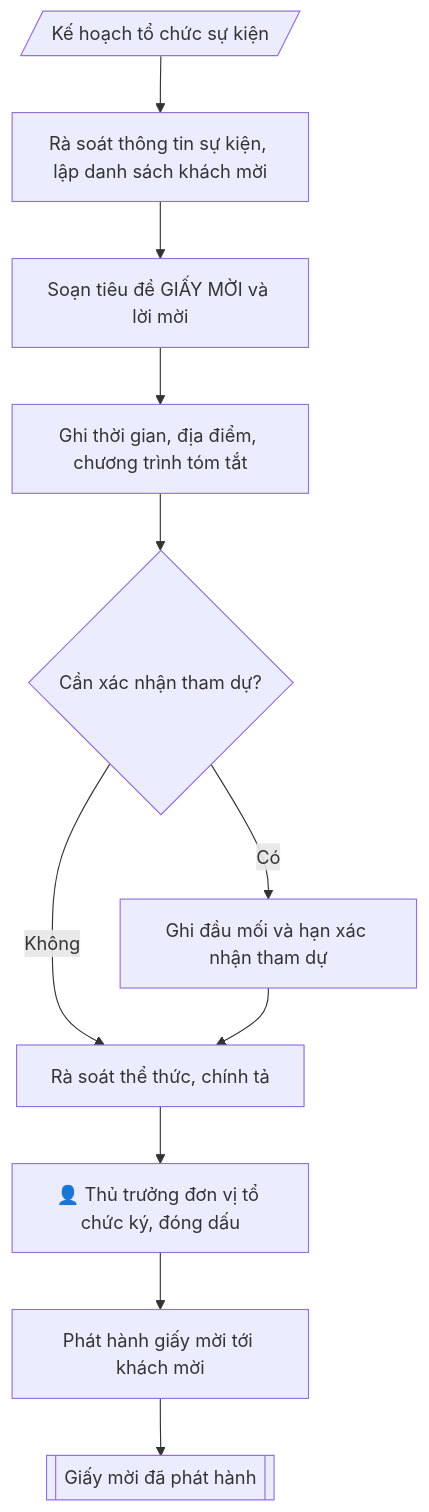
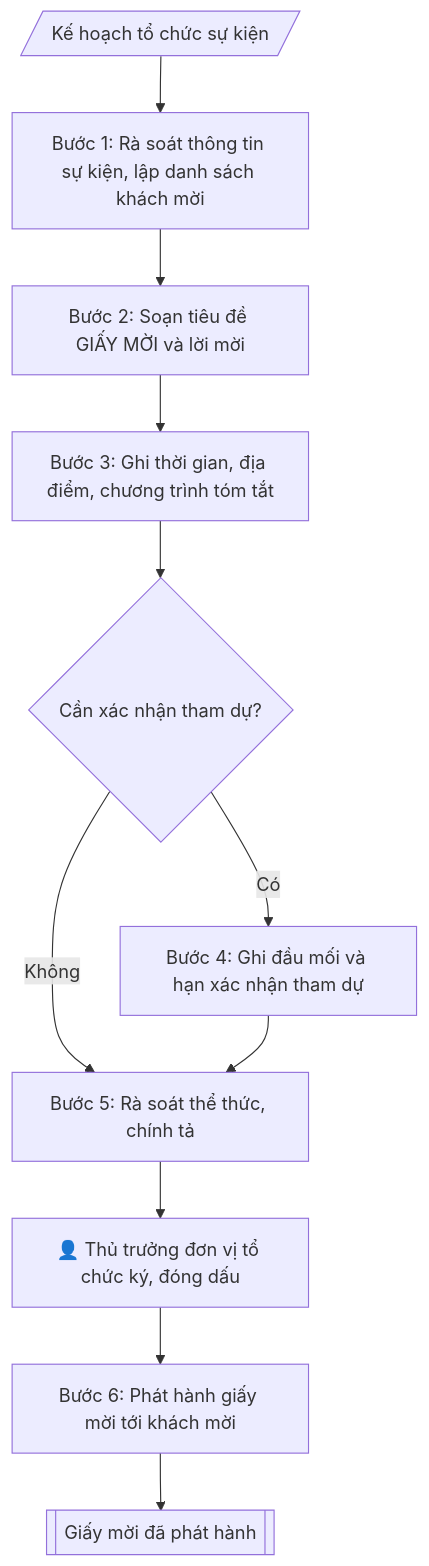
Before and after one commit to phamtruong91/dh-skills: the diagram in skills/soan-giay-moi/SKILL.md, drawn with Mermaid. The commit also changed other lines of this file and 30 other files, not shown here.

First line of the commit message:
Rà soát cấu trúc nhóm 1 (20 skill): sửa thể thức, sơ đồ, vai trò ký, thứ tự bước; thêm audit_structure và khóa lỗi mẫu

````diff
--- a/skills/soan-giay-moi/SKILL.md
+++ b/skills/soan-giay-moi/SKILL.md
@@ -85,13 +85,13 @@
 ```mermaid
 flowchart TD
-    IN[/"Kế hoạch tổ chức sự kiện"/] --> A["Rà soát thông tin sự kiện, lập danh sách khách mời"]
-    A --> B["Soạn tiêu đề GIẤY MỜI và lời mời"]
-    B --> C["Ghi thời gian, địa điểm, chương trình tóm tắt"]
+    IN[/"Kế hoạch tổ chức sự kiện"/] --> A["Bước 1: Rà soát thông tin sự kiện, lập danh sách khách mời"]
+    A --> B["Bước 2: Soạn tiêu đề GIẤY MỜI và lời mời"]
+    B --> C["Bước 3: Ghi thời gian, địa điểm, chương trình tóm tắt"]
     C --> D{"Cần xác nhận tham dự?"}
-    D -->|Có| E["Ghi đầu mối và hạn xác nhận tham dự"]
-    D -->|Không| F["Rà soát thể thức, chính tả"]
+    D -->|Có| E["Bước 4: Ghi đầu mối và hạn xác nhận tham dự"]
+    D -->|Không| F["Bước 5: Rà soát thể thức, chính tả"]
     E --> F
     F --> HG["👤 Thủ trưởng đơn vị tổ chức ký, đóng dấu"]
-    HG --> G["Phát hành giấy mời tới khách mời"]
+    HG --> G["Bước 6: Phát hành giấy mời tới khách mời"]
     G --> OUT[["Giấy mời đã phát hành"]]
 ```
````
